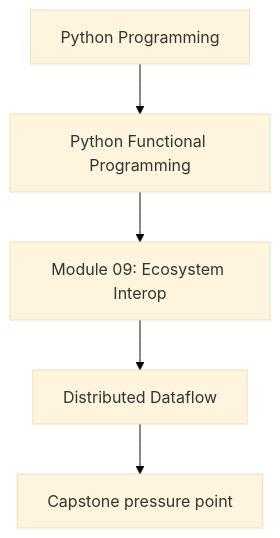
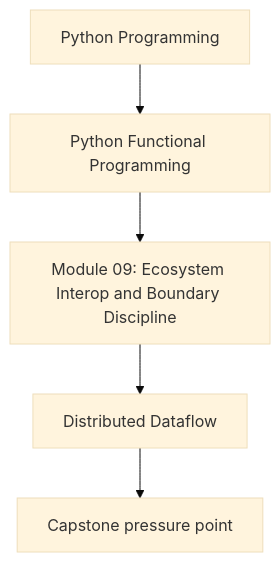
Before and after one commit to bijux/bijux-masterclass: the first of 2 diagrams in programs/python-programming/python-functional-programming/course-book/module-09-ecosystem-interop/distributed-dataflow.md, drawn with Mermaid (base theme). The commit also changed 241 other files, not shown here.

````diff
--- a/programs/python-programming/python-functional-programming/course-book/module-09-ecosystem-interop/distributed-dataflow.md
+++ b/programs/python-programming/python-functional-programming/course-book/module-09-ecosystem-interop/distributed-dataflow.md
@@ -6,7 +6,7 @@
 ```mermaid
 flowchart TD
   family["Python Programming"] --> program["Python Functional Programming"]
-  program --> module["Module 09: Ecosystem Interop"]
+  program --> module["Module 09: Ecosystem Interop and Boundary Discipline"]
   module --> concept["Distributed Dataflow"]
   concept --> capstone["Capstone pressure point"]
 ```
````
